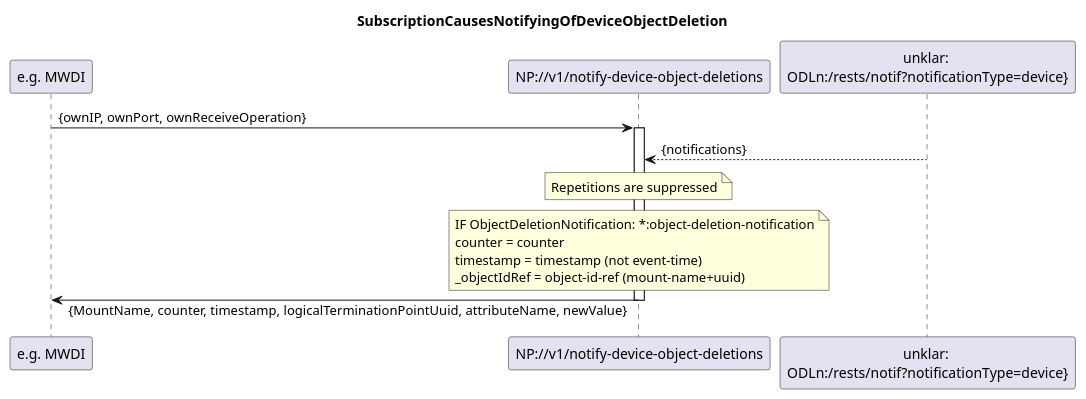
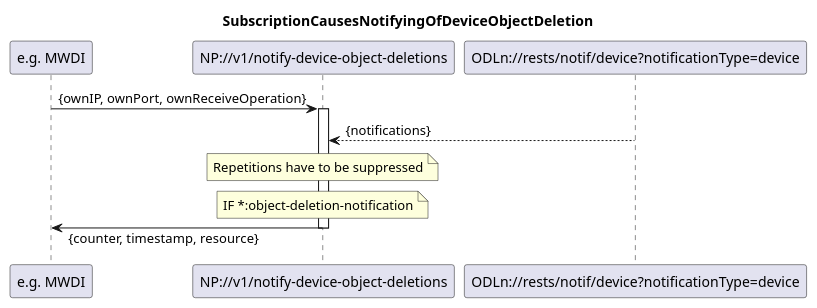
The diagram in spec/diagrams/is023_NotifyingOfDeviceObjectDeletion.plantuml (openBackhaul/NotificationProxy), drawn with PlantUML before and after one commit. The commit also changed 18 other files, not shown here.

Commit message:
Update diagrams

```diff
--- a/spec/diagrams/is023_NotifyingOfDeviceObjectDeletion.plantuml
+++ b/spec/diagrams/is023_NotifyingOfDeviceObjectDeletion.plantuml
@@ -1,30 +1,27 @@
 @startuml is023_NotifyingOfDeviceObjectDeletion
 skinparam responseMessageBelowArrow true
 
 title SubscriptionCausesNotifyingOfDeviceObjectDeletion
 
 participant "e.g. MWDI" as Subscriber
 participant "NP://v1/notify-device-object-deletions" as NP_notifyObjectDeletion
-participant "unklar: \nODLn:/rests/notif?notificationType=device}" as Device
+participant "ODLn://rests/notif/device?notificationType=device" as Device
 
 Subscriber -> NP_notifyObjectDeletion: {ownIP, ownPort, ownReceiveOperation}
 activate NP_notifyObjectDeletion
 
 Device --> NP_notifyObjectDeletion: {notifications}
 
 note over NP_notifyObjectDeletion
-Repetitions are suppressed
+Repetitions have to be suppressed
 end note
 
 note over NP_notifyObjectDeletion
-IF ObjectDeletionNotification: *:object-deletion-notification
-counter = counter
-timestamp = timestamp (not event-time)
-_objectIdRef = object-id-ref (mount-name+uuid)
+IF *:object-deletion-notification
 end note
 
-Subscriber <- NP_notifyObjectDeletion: {MountName, counter, timestamp, logicalTerminationPointUuid, attributeName, newValue}
+Subscriber <- NP_notifyObjectDeletion: {counter, timestamp, resource}
 
 deactivate NP_notifyObjectDeletion
 
 @enduml
```
